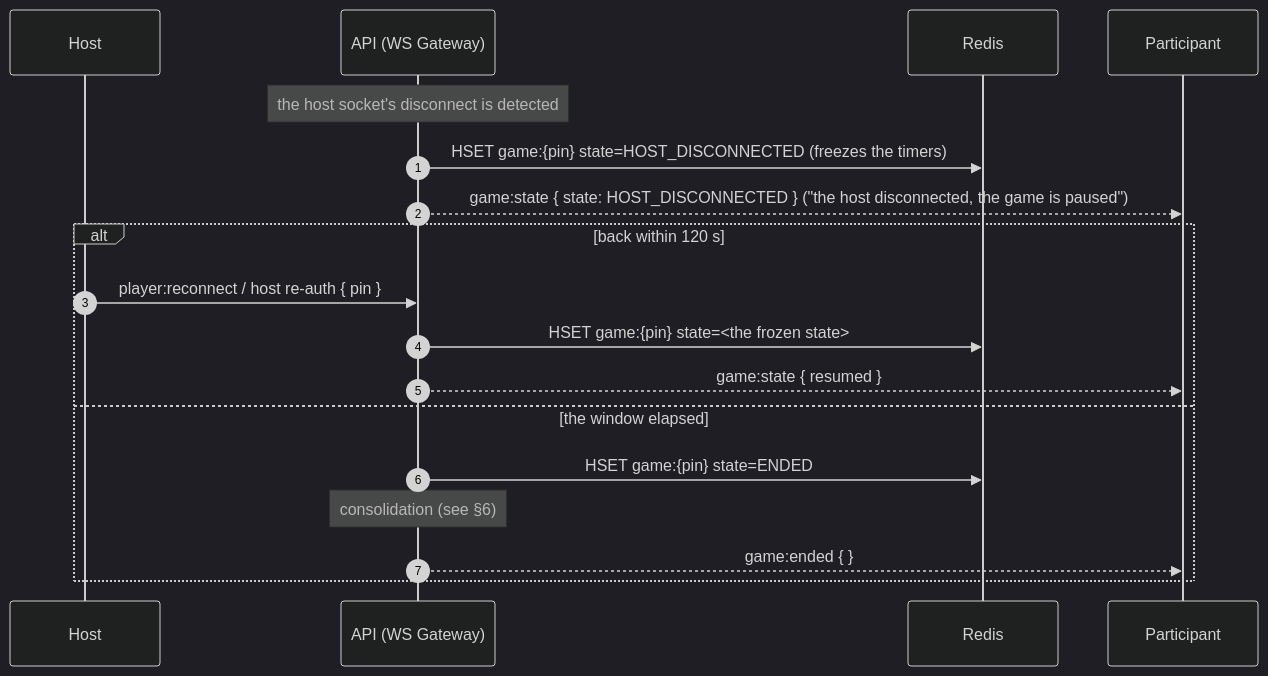
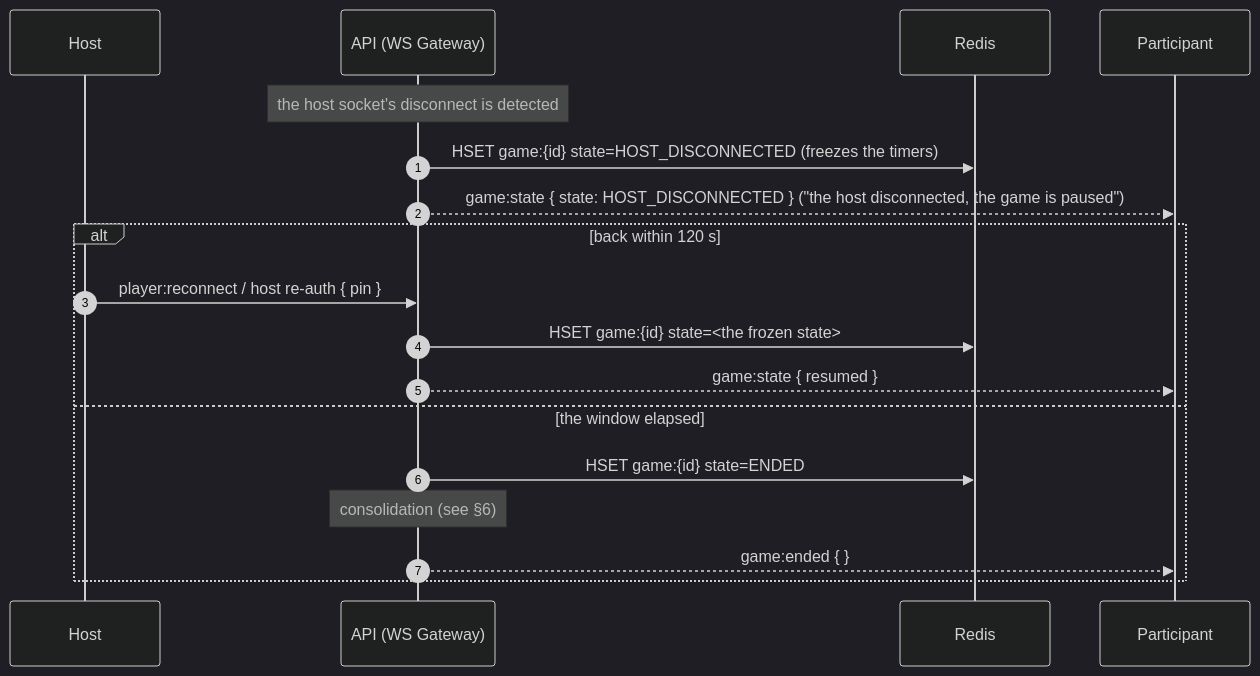
One commit to quizdock/quiz-dock changed the fifth of 7 diagrams in specifications/SPECIFICATIONS-SEQUENCES.md. Above: the diagram before and after it, drawn with Mermaid (dark theme). The commit also changed other lines of this file and 22 other files, not shown here.

First line of the commit message:
refactor(game): the room under its PIN, each game under its own id

````diff
--- a/specifications/SPECIFICATIONS-SEQUENCES.md
+++ b/specifications/SPECIFICATIONS-SEQUENCES.md
@@ -147,21 +147,21 @@
 ```mermaid
 sequenceDiagram
     autonumber
     participant F as Host
     participant API as API (WS Gateway)
     participant R as Redis
     participant A as Participant
 
     Note over API: the host socket's disconnect is detected
-    API->>R: HSET game:{pin} state=HOST_DISCONNECTED (freezes the timers)
+    API->>R: HSET game:{id} state=HOST_DISCONNECTED (freezes the timers)
     API-->>A: game:state { state: HOST_DISCONNECTED }  ("the host disconnected, the game is paused")
     alt back within 120 s
         F->>API: player:reconnect / host re-auth { pin }
-        API->>R: HSET game:{pin} state=<the frozen state>
+        API->>R: HSET game:{id} state=<the frozen state>
         API-->>A: game:state { resumed }
     else the window elapsed
-        API->>R: HSET game:{pin} state=ENDED
+        API->>R: HSET game:{id} state=ENDED
         Note over API: consolidation (see §6)
         API-->>A: game:ended { }
     end
 ```
````
